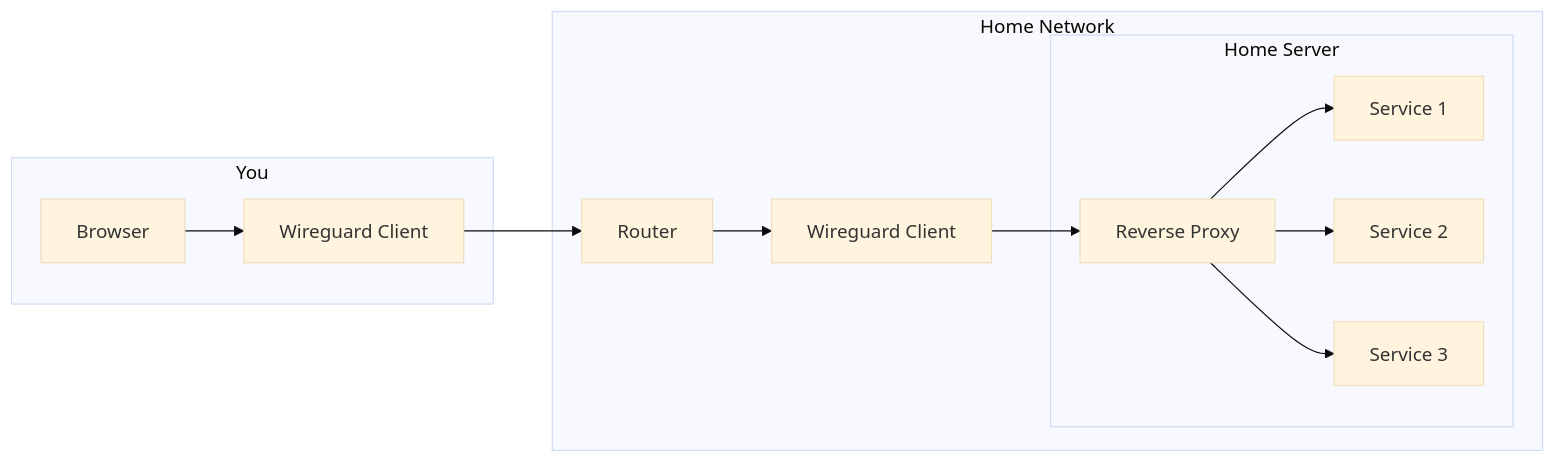
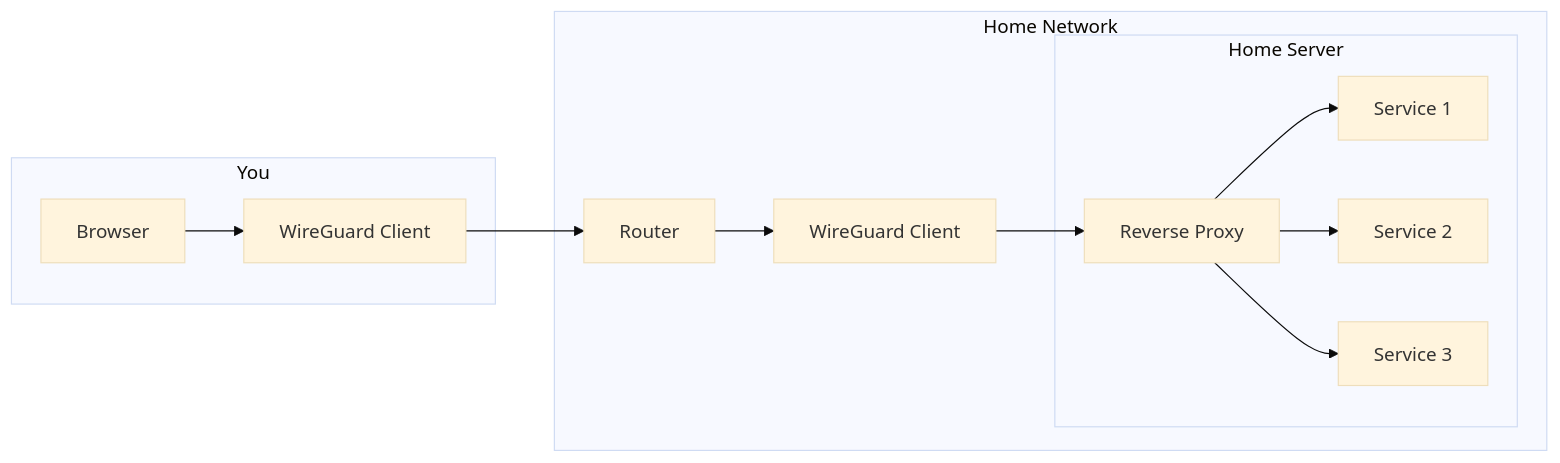
Before and after one commit to RealOrangeOne/theorangeone.net: the third of 5 diagrams in content/posts/exposing-your-homelab.md, drawn with Mermaid (base theme). The commit also changed other lines of this file and 7 other files, not shown here.

Commit message:
WireGuard is meant to be correctly cased

```diff
--- a/content/posts/exposing-your-homelab.md
+++ b/content/posts/exposing-your-homelab.md
@@ -86,27 +86,27 @@
 {{<mermaid caption="Network setup for VPN-only access">}}
 graph LR
 
 subgraph You
 A[Browser]
-B[Wireguard Client]
+B[WireGuard Client]
 end
 
 subgraph Home Network
 C[Router]
-D[Wireguard Client]
+D[WireGuard Client]
 subgraph Home Server
 E[Reverse Proxy]
 F[Service 1]
 G[Service 2]
 H[Service 3]
 end
 end
 
 A-->B
 B-->C
 C-->D
 D-->E
 E-->F
 E-->G
 E-->H
 {{</mermaid>}}
```
